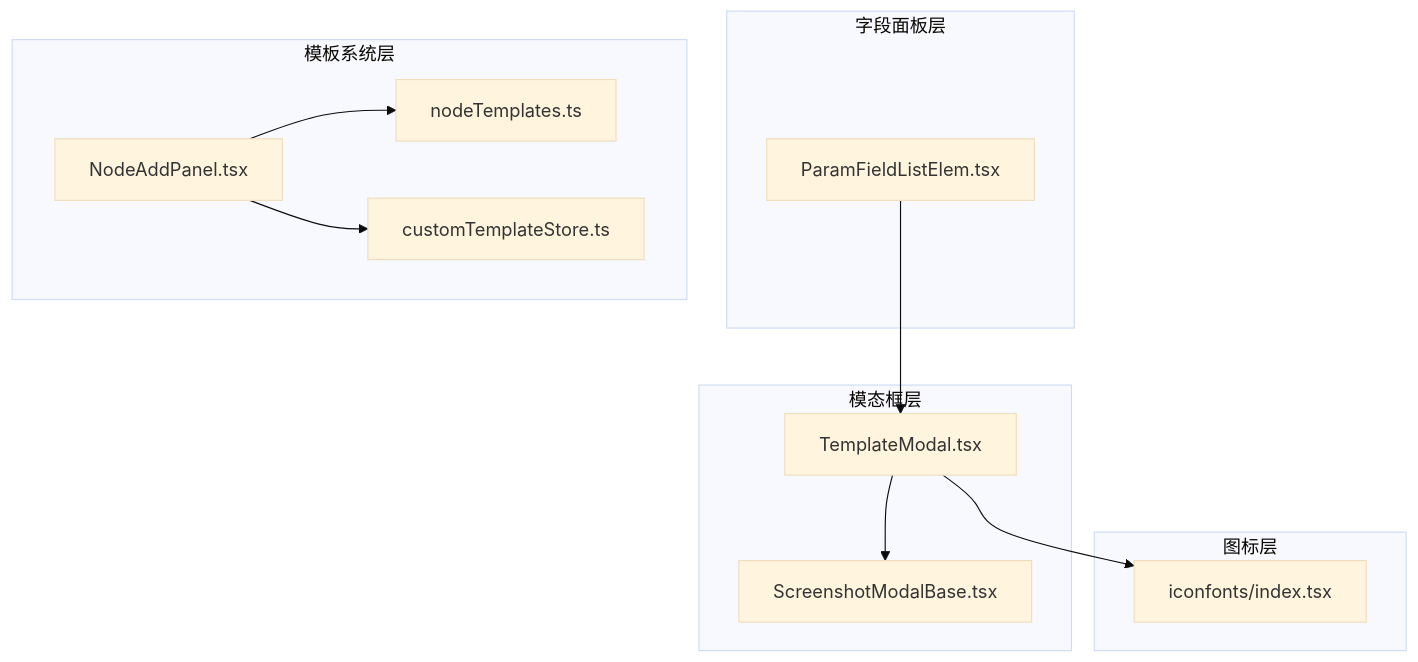
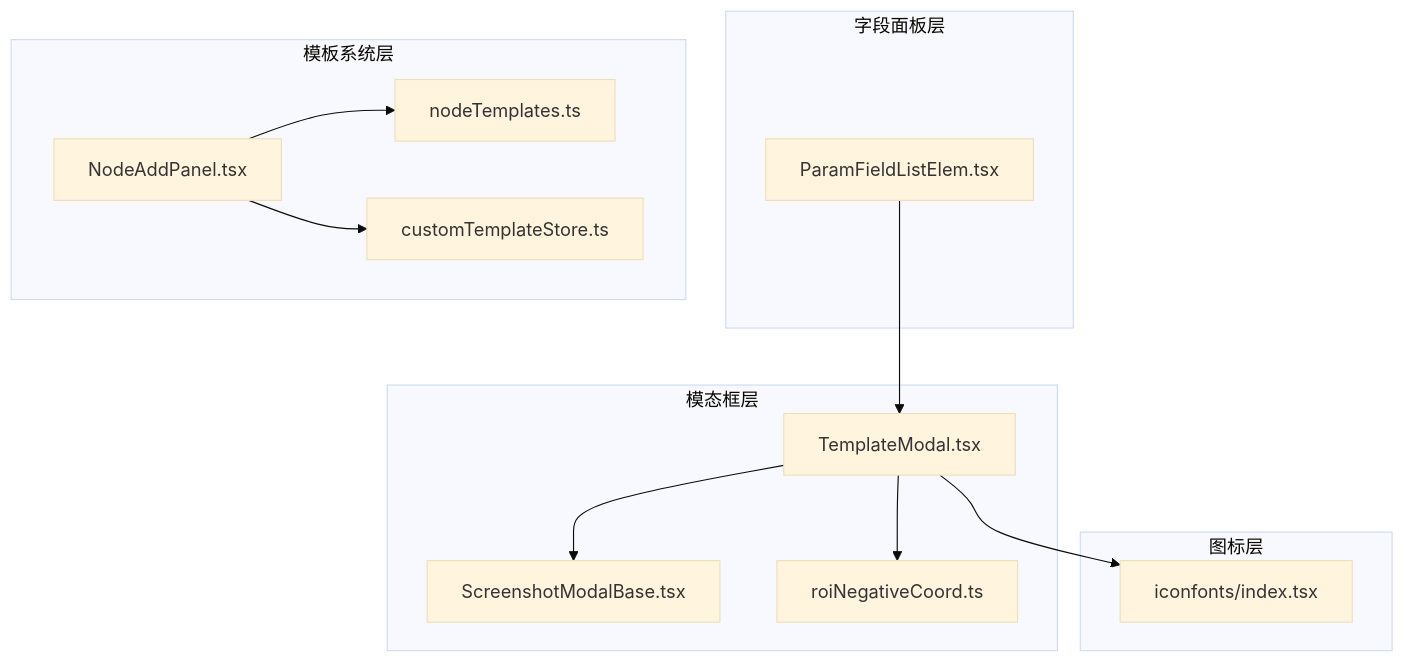
The first of 4 diagrams in .qoder/repowiki/zh/content/核心概念/模板创建模态框.md (kqcoxn/MaaPipelineEditor), drawn with Mermaid (base theme) before and after one commit. The commit also changed other lines of this file and 9 other files, not shown here.

````diff
--- a/.qoder/repowiki/zh/content/核心概念/模板创建模态框.md
+++ b/.qoder/repowiki/zh/content/核心概念/模板创建模态框.md
@@ -38,23 +50,25 @@
 ```mermaid
 graph TB
 subgraph "模态框层"
 SM["TemplateModal.tsx"]
 SMB["ScreenshotModalBase.tsx"]
+RNC["roiNegativeCoord.ts"]
 end
 subgraph "字段面板层"
 PFLE["ParamFieldListElem.tsx"]
 end
 subgraph "模板系统层"
 NT["nodeTemplates.ts"]
 CTS["customTemplateStore.ts"]
 NAP["NodeAddPanel.tsx"]
 end
 subgraph "图标层"
 IF["iconfonts/index.tsx"]
 end
 PFLE --> SM
 SM --> SMB
+SM --> RNC
 NAP --> NT
 NAP --> CTS
 SM --> IF
 ```
````
